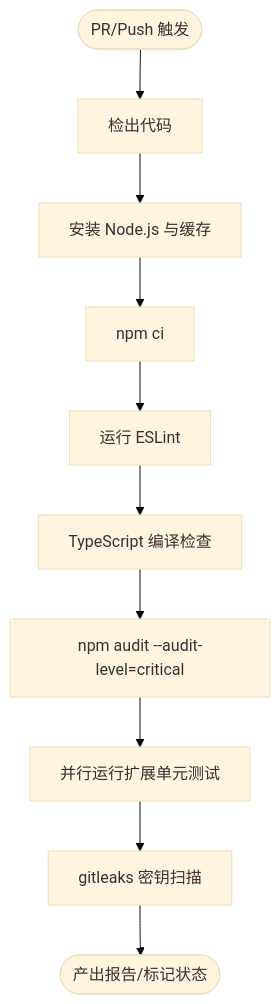
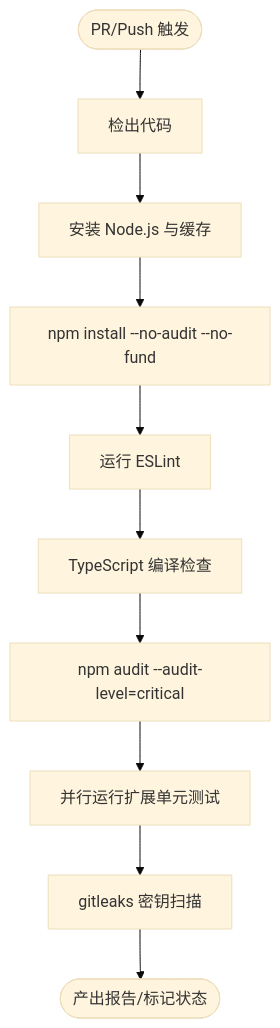
One commit to sofate798/KodrixCode changed the third of 10 diagrams in .qoder/repowiki/zh/content/构建与部署/持续集成.md. Above: the diagram before and after it, drawn with Mermaid (base theme). The commit also changed other lines of this file and 12 other files, not shown here.

````diff
--- a/.qoder/repowiki/zh/content/构建与部署/持续集成.md
+++ b/.qoder/repowiki/zh/content/构建与部署/持续集成.md
@@ -133,12 +137,12 @@
 ```mermaid
 flowchart TD
 Start(["PR/Push 触发"]) --> Checkout["检出代码"]
 Checkout --> SetupNode["安装 Node.js 与缓存"]
-SetupNode --> InstallDeps["npm ci"]
+SetupNode --> InstallDeps["npm install --no-audit --no-fund"]
 InstallDeps --> ESLint["运行 ESLint"]
 ESLint --> TSCheck["TypeScript 编译检查"]
 TSCheck --> AuditCritical["npm audit --audit-level=critical"]
 AuditCritical --> TestExt["并行运行扩展单元测试"]
 TestExt --> SecretScan["gitleaks 密钥扫描"]
 SecretScan --> End(["产出报告/标记状态"])
 ```
````
